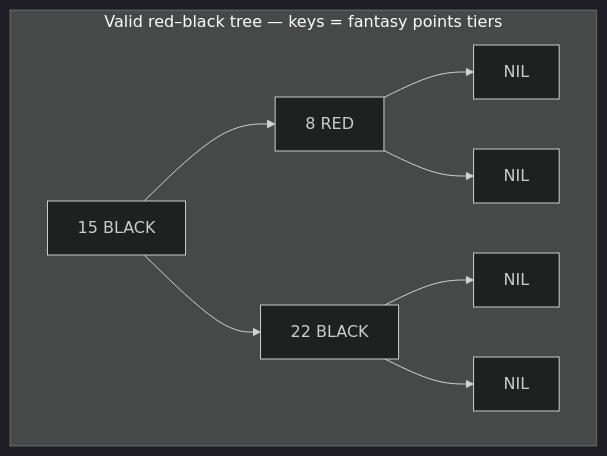
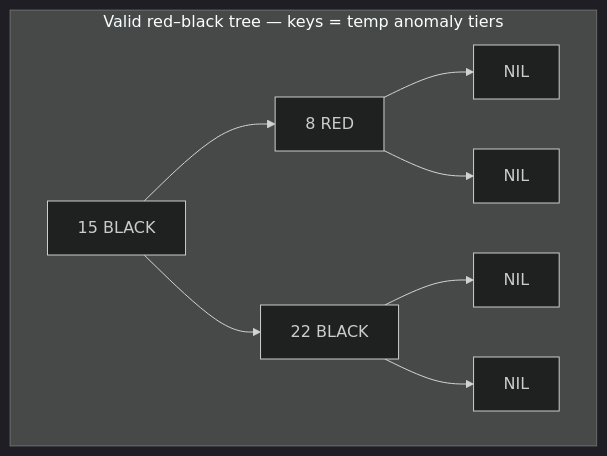
Before and after one commit to qgjones9/python-programming-guide: the first of 5 diagrams in docs/dsa/data-structures/red-black-tree/index.md, drawn with Mermaid (dark theme). The commit also changed other lines of this file and 29 other files, not shown here.

````diff
--- a/docs/dsa/data-structures/red-black-tree/index.md
+++ b/docs/dsa/data-structures/red-black-tree/index.md
@@ -31,14 +31,14 @@
 ```mermaid
 flowchart TB
-  subgraph rb["Valid red–black tree — keys = fantasy points tiers"]
+  subgraph rb["Valid red–black tree — keys = temp anomaly tiers"]
     B1["15 BLACK"]
     R1["8 RED"]
     B2["22 BLACK"]
     B1 --> R1
     B1 --> B2
     R1 --> N1["NIL"]
     R1 --> N2["NIL"]
     B2 --> N3["NIL"]
     B2 --> N4["NIL"]
   end
 ```
````
